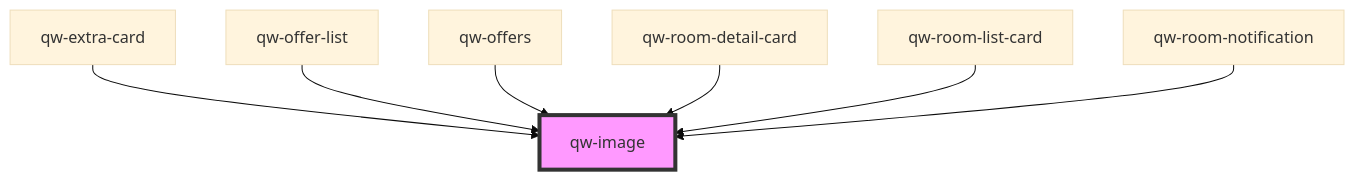
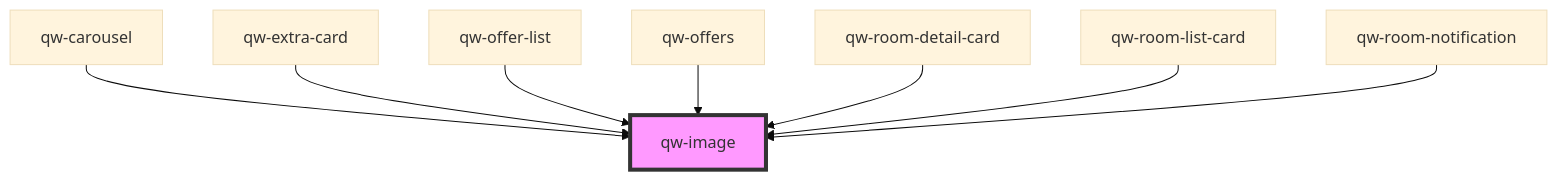
Before and after one commit to qwentes-team/qw-hotels: the diagram in src/components/shared/qw-image/readme.md, drawn with Mermaid (base theme). The commit also changed other lines of this file and 2 other files, not shown here.

Commit message:
feat(carousel): implemented carousel

````diff
--- a/src/components/shared/qw-image/readme.md
+++ b/src/components/shared/qw-image/readme.md
@@ -29,10 +30,11 @@
 ```mermaid
 graph TD;
+  qw-carousel --> qw-image
   qw-extra-card --> qw-image
   qw-offer-list --> qw-image
   qw-offers --> qw-image
   qw-room-detail-card --> qw-image
   qw-room-list-card --> qw-image
   qw-room-notification --> qw-image
   style qw-image fill:#f9f,stroke:#333,stroke-width:4px
 ```
````
